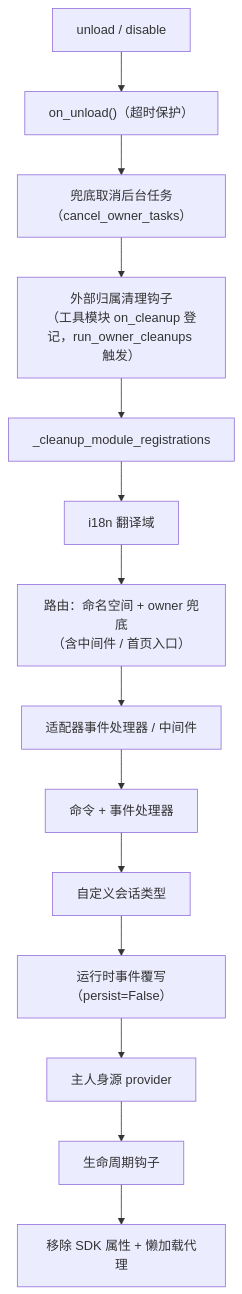
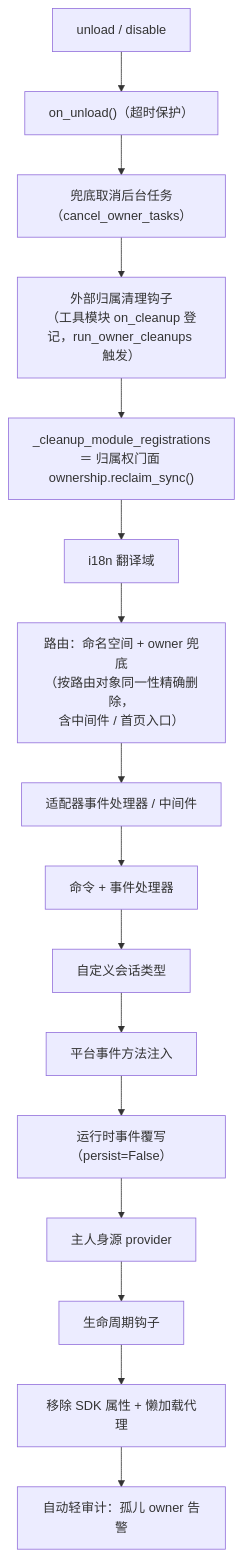
Before and after one commit to ErisPulse/ErisPulse: the diagram in docs/zh-CN/advanced/ownership.md, drawn with Mermaid. The commit also changed other lines of this file and 33 other files, not shown here.

````diff
--- a/docs/zh-CN/advanced/ownership.md
+++ b/docs/zh-CN/advanced/ownership.md
@@ -83,16 +84,18 @@
 ```mermaid
 flowchart TD
     A["unload / disable"] --> B["on_unload()（超时保护）"]
     B --> C["兜底取消后台任务（cancel_owner_tasks）"]
     C --> C1["外部归属清理钩子<br/>（工具模块 on_cleanup 登记，run_owner_cleanups 触发）"]
-    C1 --> D["_cleanup_module_registrations"]
+    C1 --> D["_cleanup_module_registrations<br/>＝ 归属权门面 ownership.reclaim_sync()"]
     D --> D1["i18n 翻译域"]
-    D1 --> D2["路由：命名空间 + owner 兜底<br/>（含中间件 / 首页入口）"]
+    D1 --> D2["路由：命名空间 + owner 兜底<br/>（按路由对象同一性精确删除，<br/>含中间件 / 首页入口）"]
     D2 --> D3["适配器事件处理器 / 中间件"]
     D3 --> D4["命令 + 事件处理器"]
     D4 --> D5["自定义会话类型"]
-    D5 --> D6["运行时事件覆写（persist=False）"]
+    D5 --> D5b["平台事件方法注入"]
+    D5b --> D6["运行时事件覆写（persist=False）"]
     D6 --> D7["主人身源 provider"]
     D7 --> D8["生命周期钩子"]
     D8 --> E["移除 SDK 属性 + 懒加载代理"]
+    E --> F["自动轻审计：孤儿 owner 告警"]
 ```
````
